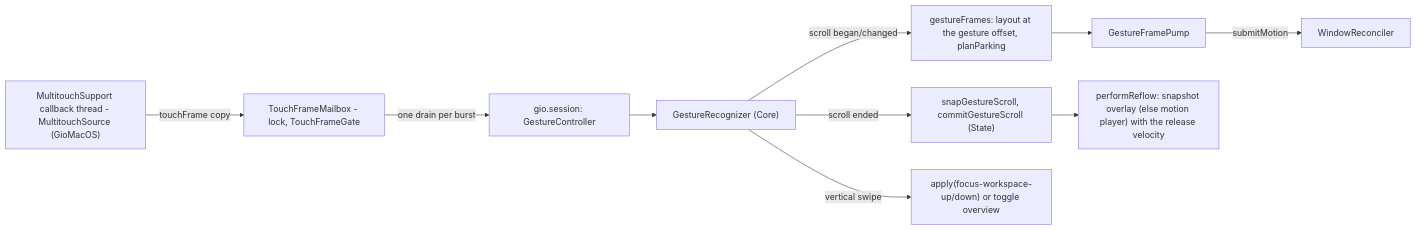
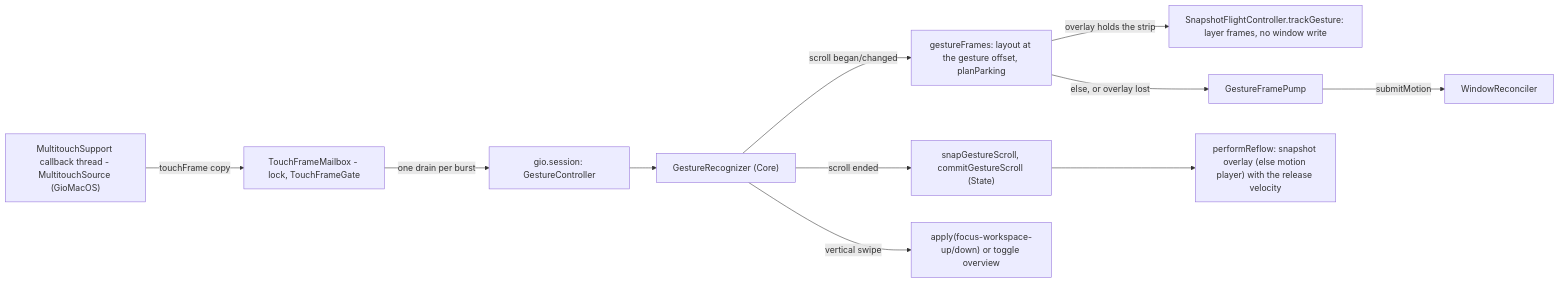
One commit to ismaelosuna7824/gio changed the fourth of 6 diagrams in docs/ARCHITECTURE.md. Above: the diagram before and after it, drawn with Mermaid. The commit also changed other lines of this file and 12 other files, not shown here.

Commit message:
perf(gestures): track a swipe on the snapshot overlay instead of real windows

````diff
--- a/docs/ARCHITECTURE.md
+++ b/docs/ARCHITECTURE.md
@@ -441,12 +441,13 @@
 ```mermaid
 flowchart LR
     MT["MultitouchSupport callback thread - MultitouchSource (GioMacOS)"] -->|"touchFrame copy"| Box["TouchFrameMailbox - lock, TouchFrameGate"]
     Box -->|"one drain per burst"| Ctl["gio.session: GestureController"]
     Ctl --> Rec["GestureRecognizer (Core)"]
     Rec -->|"scroll began/changed"| Frames["gestureFrames: layout at the gesture offset, planParking"]
-    Frames --> Pump["GestureFramePump"]
+    Frames -->|"overlay holds the strip"| Hold["SnapshotFlightController.trackGesture: layer frames, no window write"]
+    Frames -->|"else, or overlay lost"| Pump["GestureFramePump"]
     Pump -->|"submitMotion"| WR["WindowReconciler"]
     Rec -->|"scroll ended"| Snap["snapGestureScroll, commitGestureScroll (State)"]
     Snap --> Pass["performReflow: snapshot overlay (else motion player) with the release velocity"]
     Rec -->|"vertical swipe"| Act["apply(focus-workspace-up/down) or toggle overview"]
 ```
````
